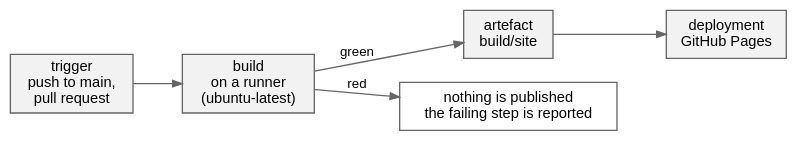
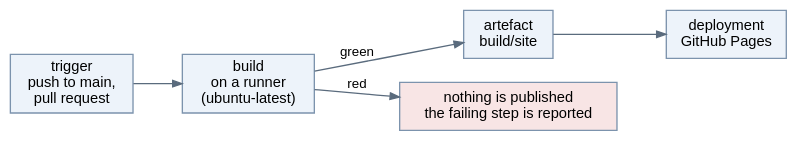
One commit to htl-leonding-college/curriculum-syp3 changed the diagram in modules/gh-actions-pages/questions.adoc. Above: the diagram before and after it, drawn with Graphviz. The commit also changed 65 other files, not shown here.

First line of the commit message:
feat(site): give the diagrams a semantic pastel palette

```diff
--- a/modules/gh-actions-pages/questions.adoc
+++ b/modules/gh-actions-pages/questions.adoc
@@ -25,22 +25,22 @@
 [graphviz,q-pipeline,svg]
 ----
 digraph pipeline {
   rankdir=LR;
   bgcolor="transparent";
-  node [shape=box, style=filled, fillcolor="#f2f2f2", color="#666666",
+  node [shape=box, style=filled, fillcolor="#EDF3FA", color="#7C93AD",
         fontname="Helvetica", fontsize=11];
-  edge [color="#666666", arrowsize=0.7, fontname="Helvetica", fontsize=10];
+  edge [color="#5A6B7D", arrowsize=0.7, fontname="Helvetica", fontsize=10];
 
   T [label="trigger\npush to main,\npull request"];
   B [label="build\non a runner\n(ubuntu-latest)"];
   A [label="artefact\nbuild/site"];
   D [label="deployment\nGitHub Pages"];
   F [label="nothing is published\nthe failing step is reported", shape=box,
-     fillcolor="#ffffff"];
+     fillcolor="#F8E5E5"];
 
   T -> B;
   B -> A [label="green"];
   A -> D;
   B -> F [label="red"];
 }
 ----
```
